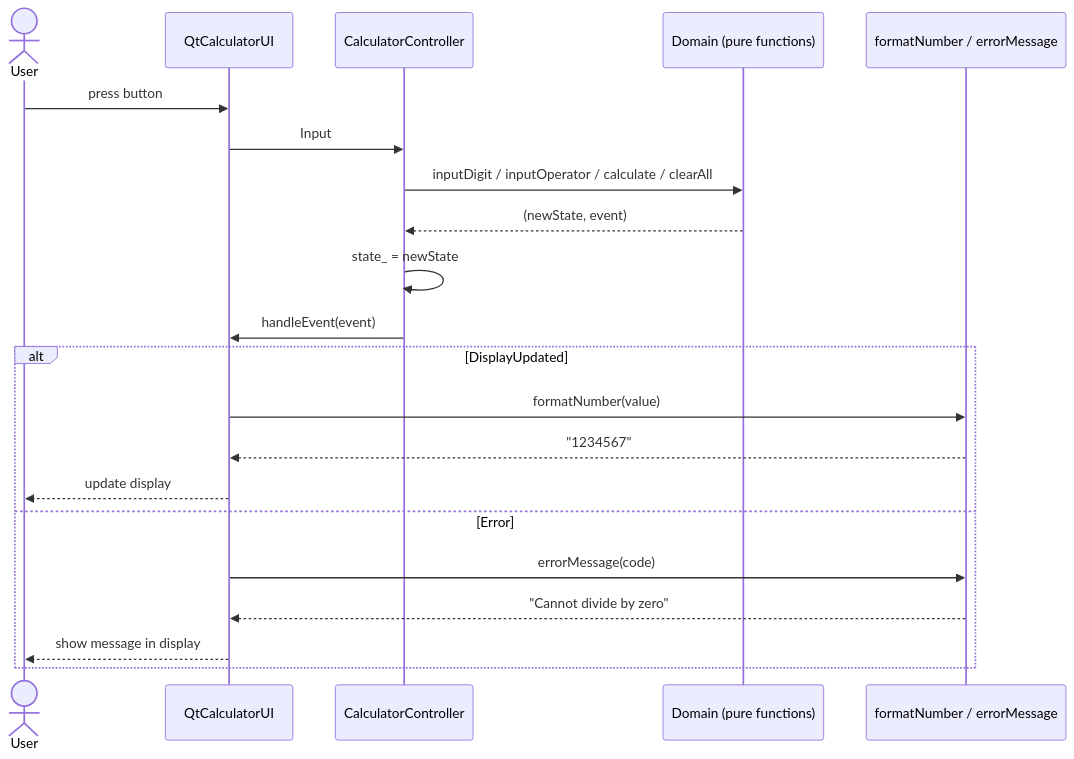
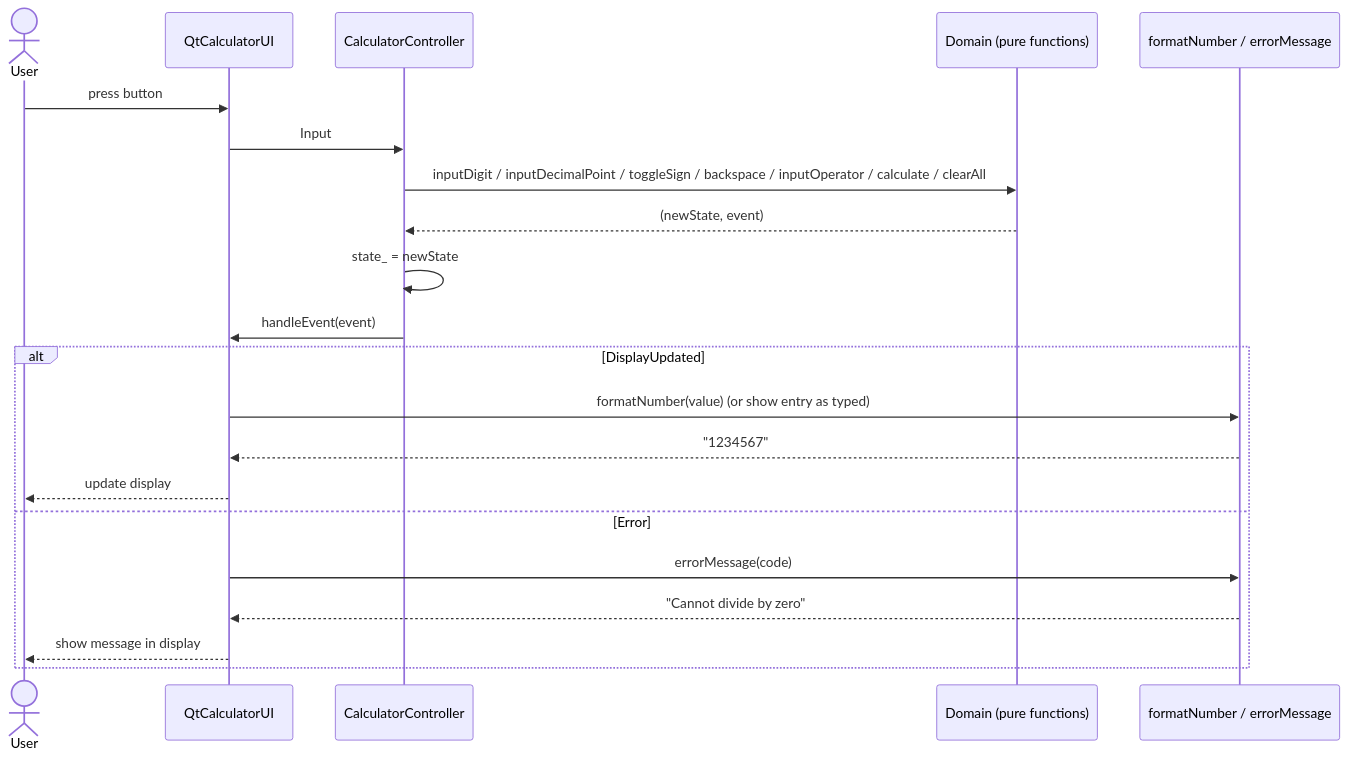
Before and after one commit to KoichiKurita/CPPlang-Calculator: the third of 3 diagrams in README.md, drawn with Mermaid. The commit also changed other lines of this file and 14 other files, not shown here.

````diff
--- a/README.md
+++ b/README.md
@@ -181,23 +208,23 @@
 ```mermaid
 sequenceDiagram
     actor User
     participant UI as QtCalculatorUI
     participant C as CalculatorController
     participant D as Domain (pure functions)
     participant F as formatNumber / errorMessage
     User->>UI: press button
     UI->>C: Input
-    C->>D: inputDigit / inputOperator / calculate / clearAll
+    C->>D: inputDigit / inputDecimalPoint / toggleSign / backspace / inputOperator / calculate / clearAll
     D-->>C: (newState, event)
     C->>C: state_ = newState
     C->>UI: handleEvent(event)
     alt DisplayUpdated
-        UI->>F: formatNumber(value)
+        UI->>F: formatNumber(value) (or show entry as typed)
         F-->>UI: "1234567"
         UI-->>User: update display
     else Error
         UI->>F: errorMessage(code)
         F-->>UI: "Cannot divide by zero"
         UI-->>User: show message in display
     end
 ```
````
